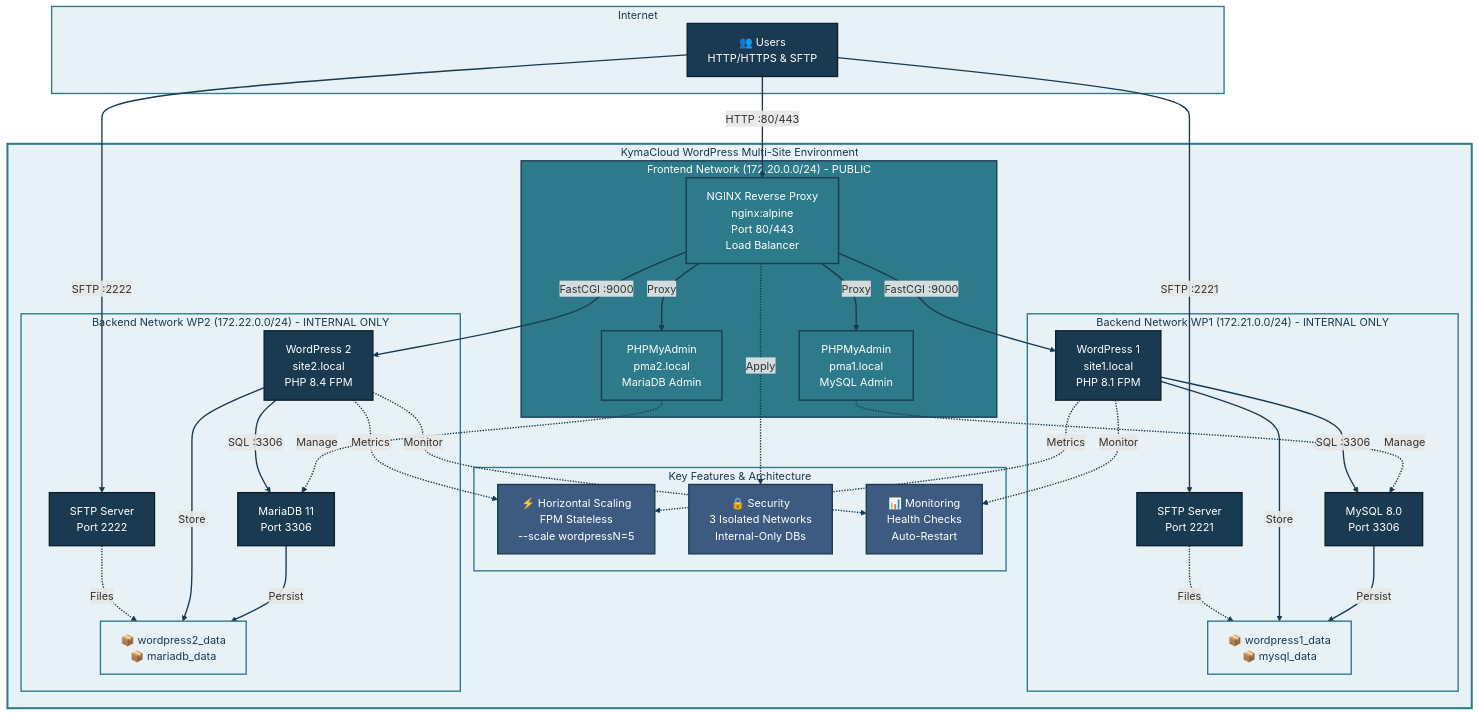
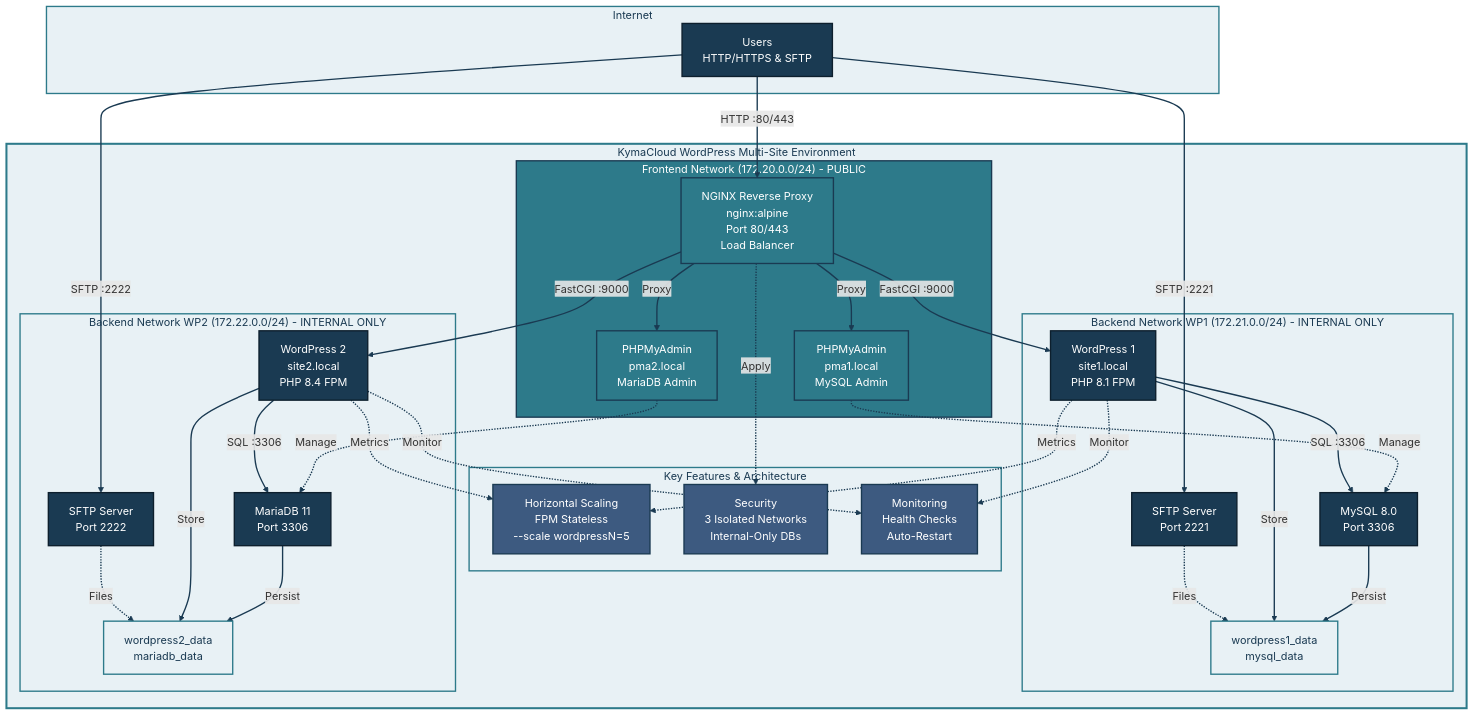
One commit to Gatete-Bruno/kymacloud changed the diagram in README.md. Above: the diagram before and after it, drawn with Mermaid. The commit also changed other lines of this file and 4 other files, not shown here.

````diff
--- a/README.md
+++ b/README.md
@@ -6,7 +6,7 @@
 ```mermaid
 graph TB
     subgraph Internet["Internet"]
-        Users["👥 Users<br/>HTTP/HTTPS & SFTP"]
+        Users["Users<br/>HTTP/HTTPS & SFTP"]
     end
     
     subgraph Docker["KymaCloud WordPress Multi-Site Environment"]
@@ -20,20 +20,20 @@
             WP1["WordPress 1<br/>site1.local<br/>PHP 8.1 FPM"]
             MySQL["MySQL 8.0<br/>Port 3306"]
             SFTP1["SFTP Server<br/>Port 2221"]
-            Vol1["📦 wordpress1_data<br/>📦 mysql_data"]
+            Vol1["wordpress1_data<br/>mysql_data"]
         end
         
         subgraph Features["Key Features & Architecture"]
-            Scale["⚡ Horizontal Scaling<br/>FPM Stateless<br/>--scale wordpressN=5"]
-            Sec["🔒 Security<br/>3 Isolated Networks<br/>Internal-Only DBs"]
-            Monitor["📊 Monitoring<br/>Health Checks<br/>Auto-Restart"]
+            Scale["Horizontal Scaling<br/>FPM Stateless<br/>--scale wordpressN=5"]
+            Sec["Security<br/>3 Isolated Networks<br/>Internal-Only DBs"]
+            Monitor["Monitoring<br/>Health Checks<br/>Auto-Restart"]
         end
         
         subgraph Backend2["Backend Network WP2 (172.22.0.0/24) - INTERNAL ONLY"]
             WP2["WordPress 2<br/>site2.local<br/>PHP 8.4 FPM"]
             MariaDB["MariaDB 11<br/>Port 3306"]
             SFTP2["SFTP Server<br/>Port 2222"]
-            Vol2["📦 wordpress2_data<br/>📦 mariadb_data"]
+            Vol2["wordpress2_data<br/>mariadb_data"]
         end
     end
     
````
